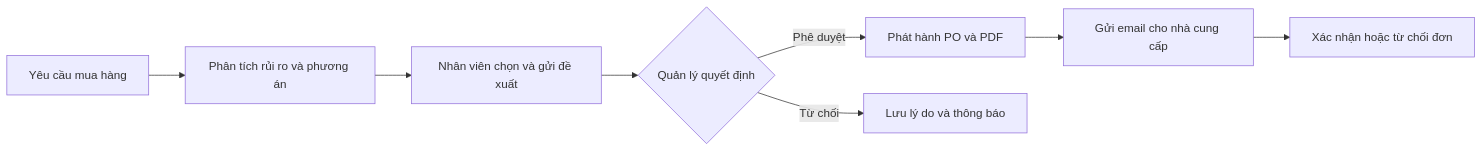
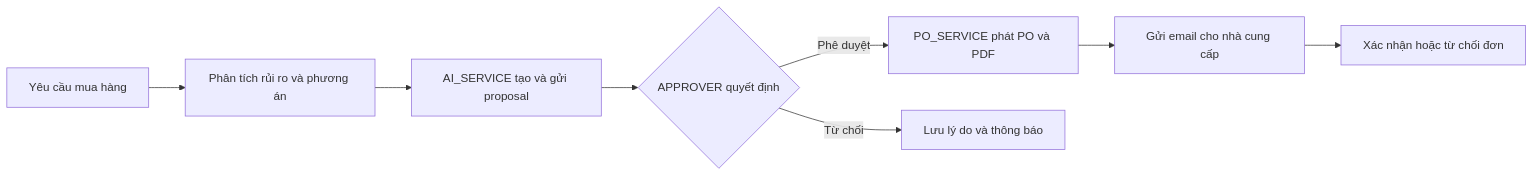
One commit to hoanganh-ktpm/FlowBridge changed the first of 2 diagrams in README.md. Above: the diagram before and after it, drawn with Mermaid. The commit also changed other lines of this file and 80 other files, not shown here.

````diff
--- a/README.md
+++ b/README.md
@@ -63,10 +63,10 @@
 ```mermaid
 flowchart LR
     A[Yêu cầu mua hàng] --> B[Phân tích rủi ro và phương án]
-    B --> C[Nhân viên chọn và gửi đề xuất]
-    C --> D{Quản lý quyết định}
-    D -->|Phê duyệt| E[Phát hành PO và PDF]
+    B --> C[AI_SERVICE tạo và gửi proposal]
+    C --> D{APPROVER quyết định}
+    D -->|Phê duyệt| E[PO_SERVICE phát PO và PDF]
     E --> F[Gửi email cho nhà cung cấp]
     F --> G[Xác nhận hoặc từ chối đơn]
     D -->|Từ chối| H[Lưu lý do và thông báo]
 ```
````
